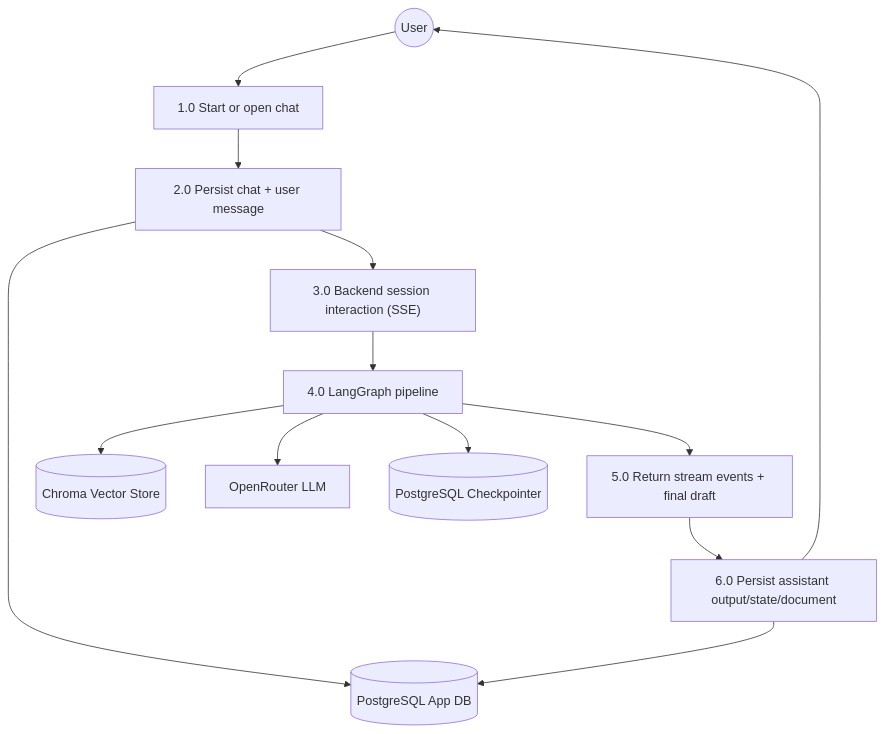
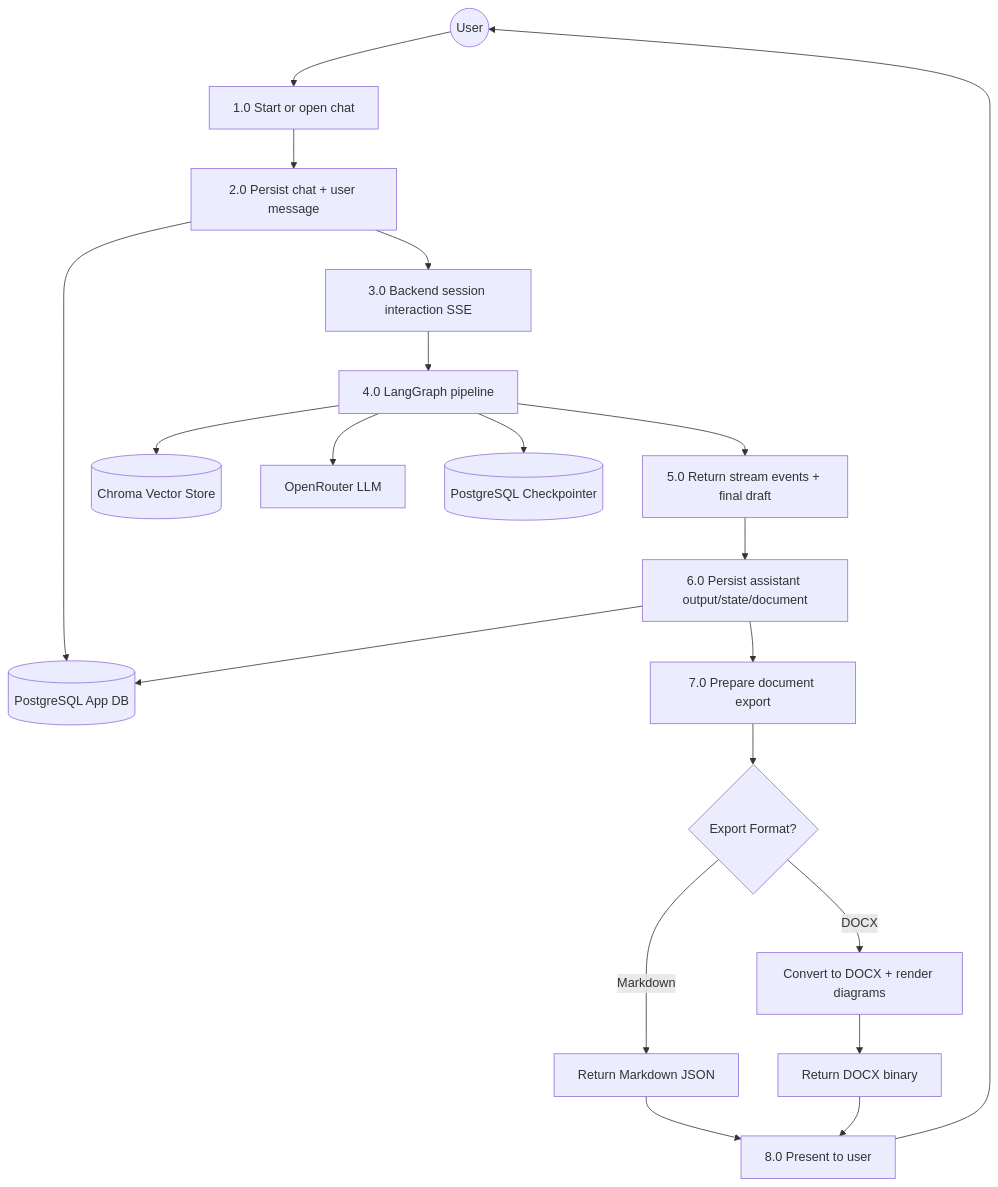
Before and after one commit to Ta1al/automated-SRS-generator: the second of 3 diagrams in documentation/dataflow_diagram.md, drawn with Mermaid. The commit also changed other lines of this file and 3 other files, not shown here.

Commit message:
feat: update documentation to include DOCX export process and related components

````diff
--- a/documentation/dataflow_diagram.md
+++ b/documentation/dataflow_diagram.md
@@ -17,18 +17,26 @@
 ```mermaid
 graph TD
     User((User)) --> P1["1.0 Start or open chat"]
     P1 --> P2["2.0 Persist chat + user message"]
     P2 --> AppDB[(PostgreSQL App DB)]
 
-    P2 --> P3["3.0 Backend session interaction (SSE)"]
+    P2 --> P3["3.0 Backend session interaction SSE"]
     P3 --> Graph["4.0 LangGraph pipeline"]
 
     Graph --> VectorDB[(Chroma Vector Store)]
     Graph --> LLM[OpenRouter LLM]
     Graph --> Checkpointer[(PostgreSQL Checkpointer)]
 
     Graph --> P5["5.0 Return stream events + final draft"]
     P5 --> P6["6.0 Persist assistant output/state/document"]
     P6 --> AppDB
-    P6 --> User
+    
+    P6 --> P7["7.0 Prepare document export"]
+    P7 --> P8{Export Format?}
+    P8 -->|Markdown| ReturnMarkdown["Return Markdown JSON"]
+    P8 -->|DOCX| DocxConvert["Convert to DOCX + render diagrams"]
+    DocxConvert --> ReturnDocx["Return DOCX binary"]
+    ReturnMarkdown --> P9["8.0 Present to user"]
+    ReturnDocx --> P9
+    P9 --> User
 ```
````
